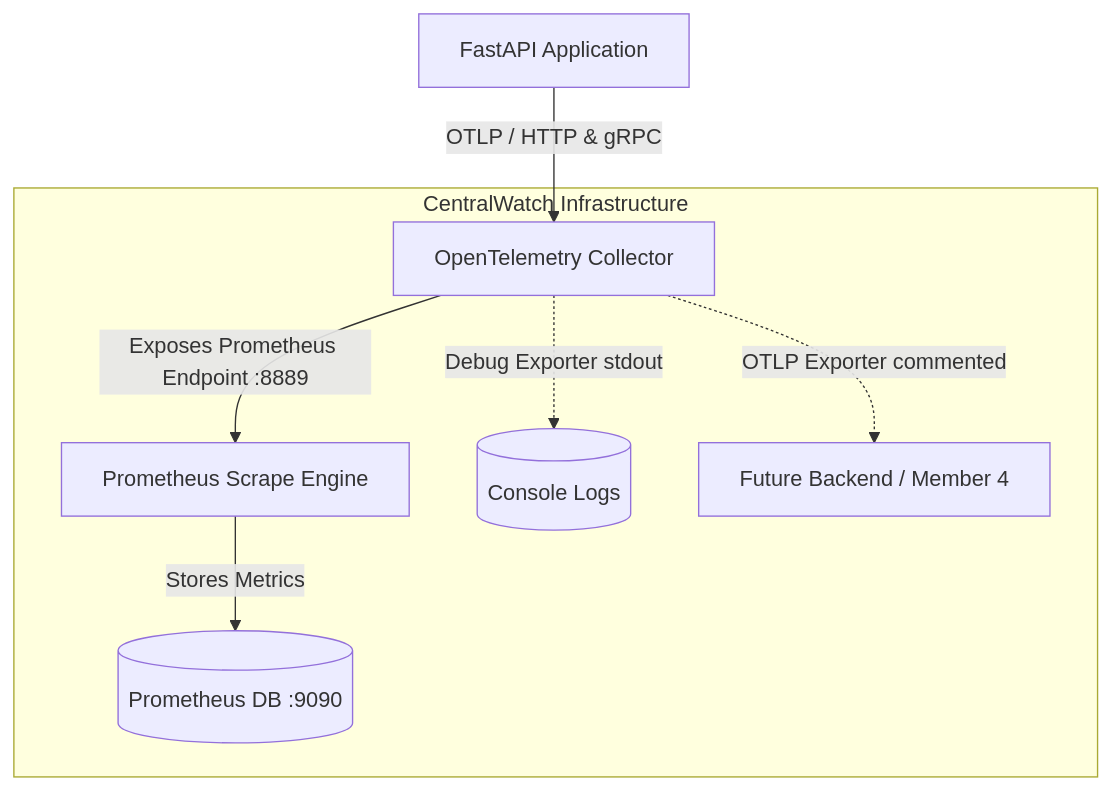
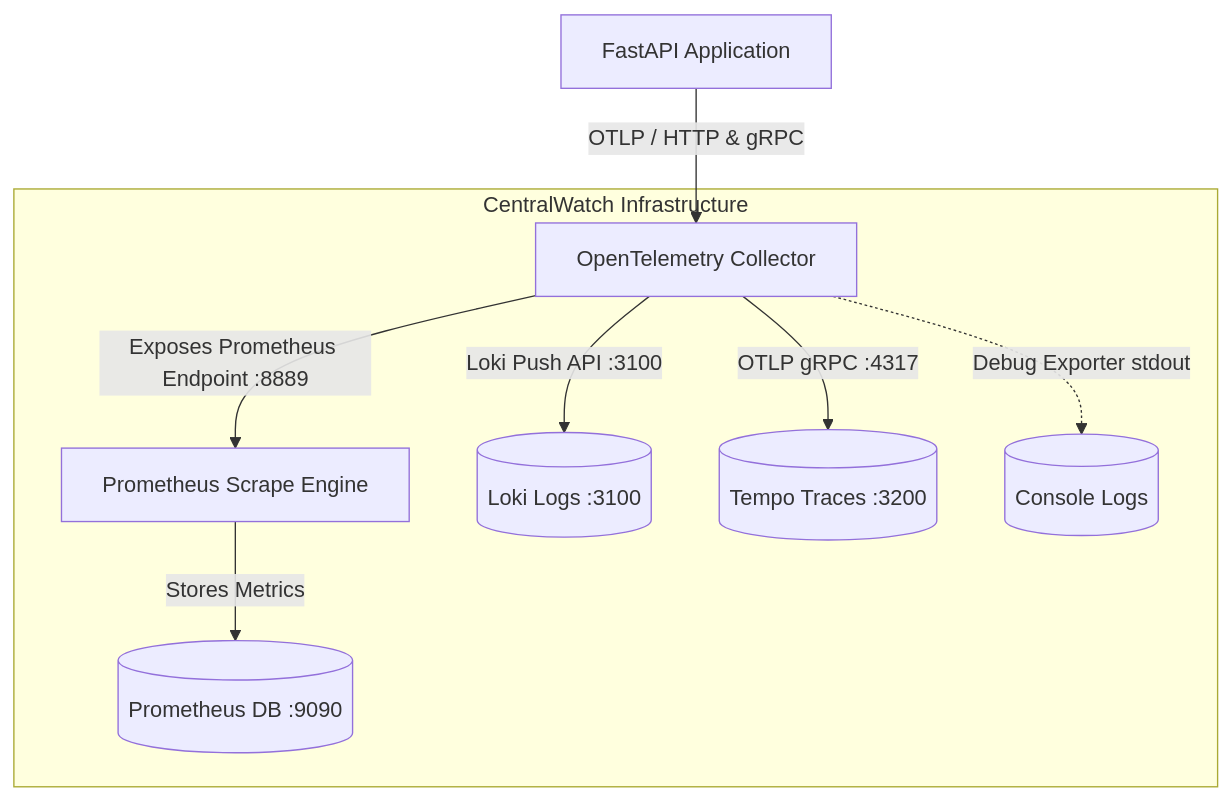
Before and after one commit to iArudra/API-Monitoring-: the diagram in README.md, drawn with Mermaid. The commit also changed other lines of this file and 5 other files, not shown here.

Commit message:
Upgrade infrastructure into a complete observability platform with Loki and Tempo

````diff
--- a/README.md
+++ b/README.md
@@ -11,12 +11,13 @@
 ```mermaid
 graph TD
     App[FastAPI Application] -->|OTLP / HTTP & gRPC| Collector[OpenTelemetry Collector]
     
     subgraph CentralWatch Infrastructure
         Collector -->|Exposes Prometheus Endpoint :8889| PromScrape[Prometheus Scrape Engine]
+        Collector -->|Loki Push API :3100| Loki[(Loki Logs :3100)]
+        Collector -->|OTLP gRPC :4317| Tempo[(Tempo Traces :3200)]
         Collector -.->|Debug Exporter stdout| Logs[(Console Logs)]
-        Collector -.->|OTLP Exporter commented| Backend[Future Backend / Member 4]
         
         PromScrape -->|Stores Metrics| Prometheus[(Prometheus DB :9090)]
     end
 ```
````
